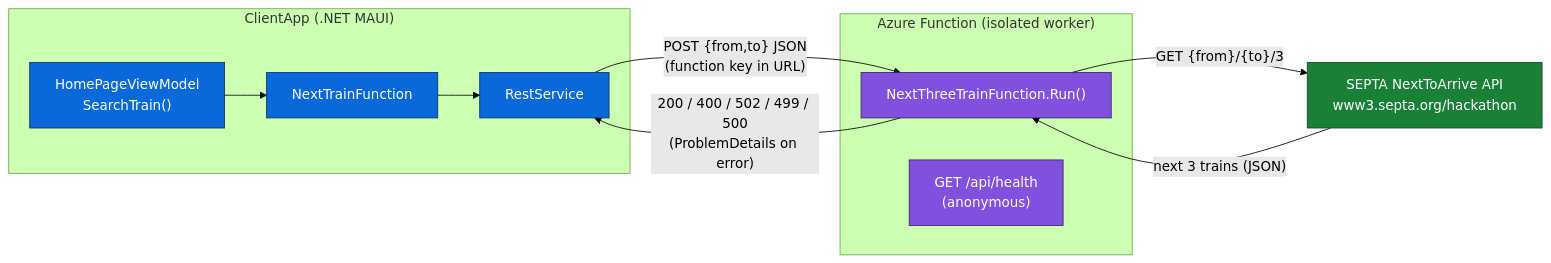
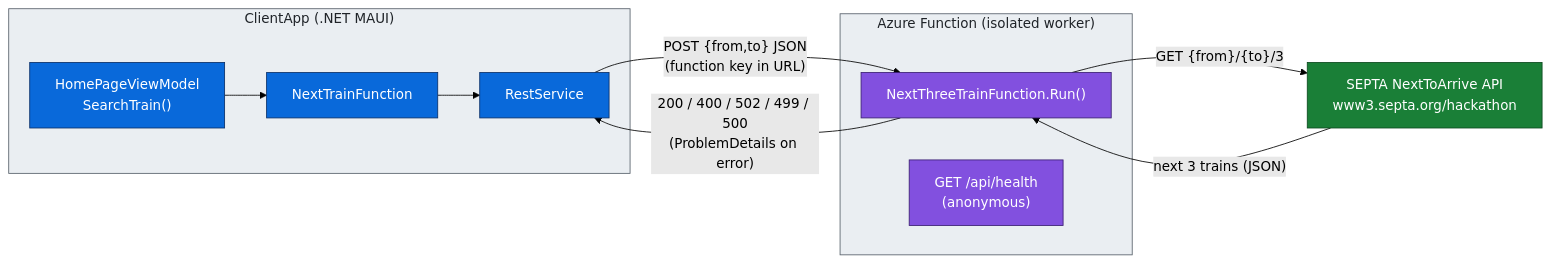
The first of 2 diagrams in README.md (NavneetHegde/SeptaRail), drawn with Mermaid (forest theme) before and after one commit. The commit also changed other lines of this file, not shown here.

Commit message:
Style Mermaid subgraph backgrounds light gray

````diff
--- a/README.md
+++ b/README.md
@@ -15,28 +15,31 @@
 ```mermaid
 flowchart LR
     subgraph Client["ClientApp (.NET MAUI)"]
         VM["HomePageViewModel<br/>SearchTrain()"]
         NTF["NextTrainFunction"]
         RS["RestService"]
         VM --> NTF --> RS
     end
 
     subgraph Azure["Azure Function (isolated worker)"]
         RUN["NextThreeTrainFunction.Run()"]
         HC["GET /api/health<br/>(anonymous)"]
     end
 
     SEPTA["SEPTA NextToArrive API<br/>www3.septa.org/hackathon"]
 
     RS -->|"POST {from,to} JSON<br/>(function key in URL)"| RUN
     RUN -->|"GET {from}/{to}/3"| SEPTA
     SEPTA -->|"next 3 trains (JSON)"| RUN
     RUN -->|"200 / 400 / 502 / 499 / 500<br/>(ProblemDetails on error)"| RS
 
     classDef client fill:#0969da,stroke:#0a3069,stroke-width:1px,color:#ffffff;
     classDef func fill:#8250df,stroke:#3b1e72,stroke-width:1px,color:#ffffff;
     classDef ext fill:#1a7f37,stroke:#0c4a1f,stroke-width:1px,color:#ffffff;
     class VM,NTF,RS client;
     class RUN,HC func;
     class SEPTA ext;
+
+    style Client fill:#eaeef2,stroke:#57606a,stroke-width:1px,color:#1f2328;
+    style Azure fill:#eaeef2,stroke:#57606a,stroke-width:1px,color:#1f2328;
 ```
````
